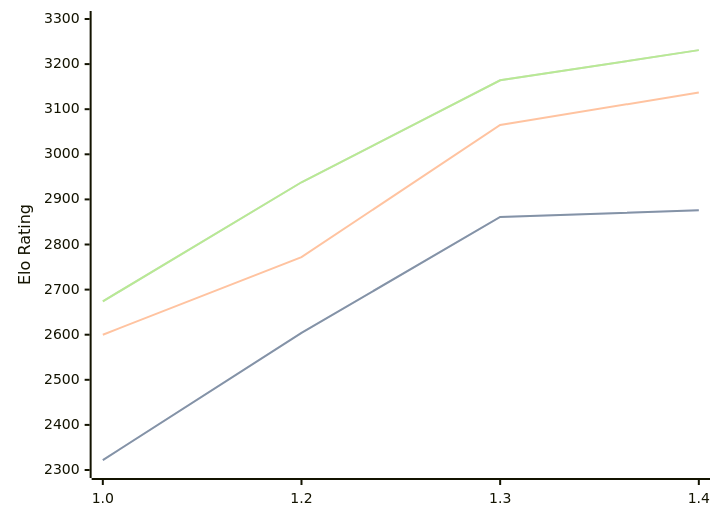
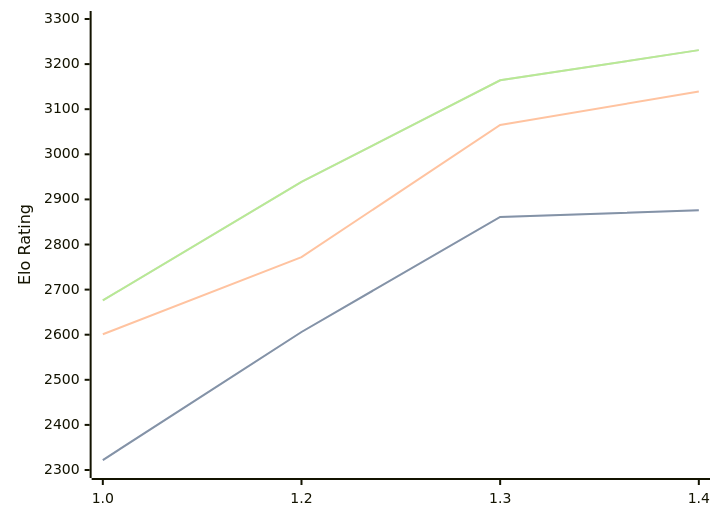
The diagram in engines/Chessnix.md (computer-chess-index/cci), drawn with Mermaid before and after one commit. The commit also changed other lines of this file, not shown here.

Commit message:
Update CCI Ratings (ELO VLTC) - 2026-08-27

````diff
--- a/engines/Chessnix.md
+++ b/engines/Chessnix.md
@@ -34,11 +34,11 @@
 ```mermaid
 %%{init: {"theme":"base","themeVariables":{"seriesColors:['#a3a3a3','#222221','#faa371']}}}%%
 xychart-beta
   x-axis ["1.0", "1.2", "1.3", "1.4"]
   y-axis "Elo Rating" 2300 --> 3300
-  line "STC (8.0+0.08s)" [2322, 2604, 2861, 2876]
-  line "STC (8.0+0.08s)" [2322, 2604, 2861, 2876]
-  line "LTC (60.0+0.60s)" [2600, 2772, 3065, 3137]
-  line "VLTC (2m24s+1.12s)" [2674, 2938, 3164, 3231]
-  line "VLTC (2m24s+1.12s)" [2674, 2938, 3164, 3231]
+  line "STC (8.0+0.08s)" [2322, 2606, 2861, 2876]
+  line "STC (8.0+0.08s)" [2322, 2606, 2861, 2876]
+  line "LTC (60.0+0.60s)" [2601, 2772, 3065, 3139]
+  line "VLTC (2m24s+1.12s)" [2676, 2939, 3164, 3231]
+  line "VLTC (2m24s+1.12s)" [2676, 2939, 3164, 3231]
 ```
````
